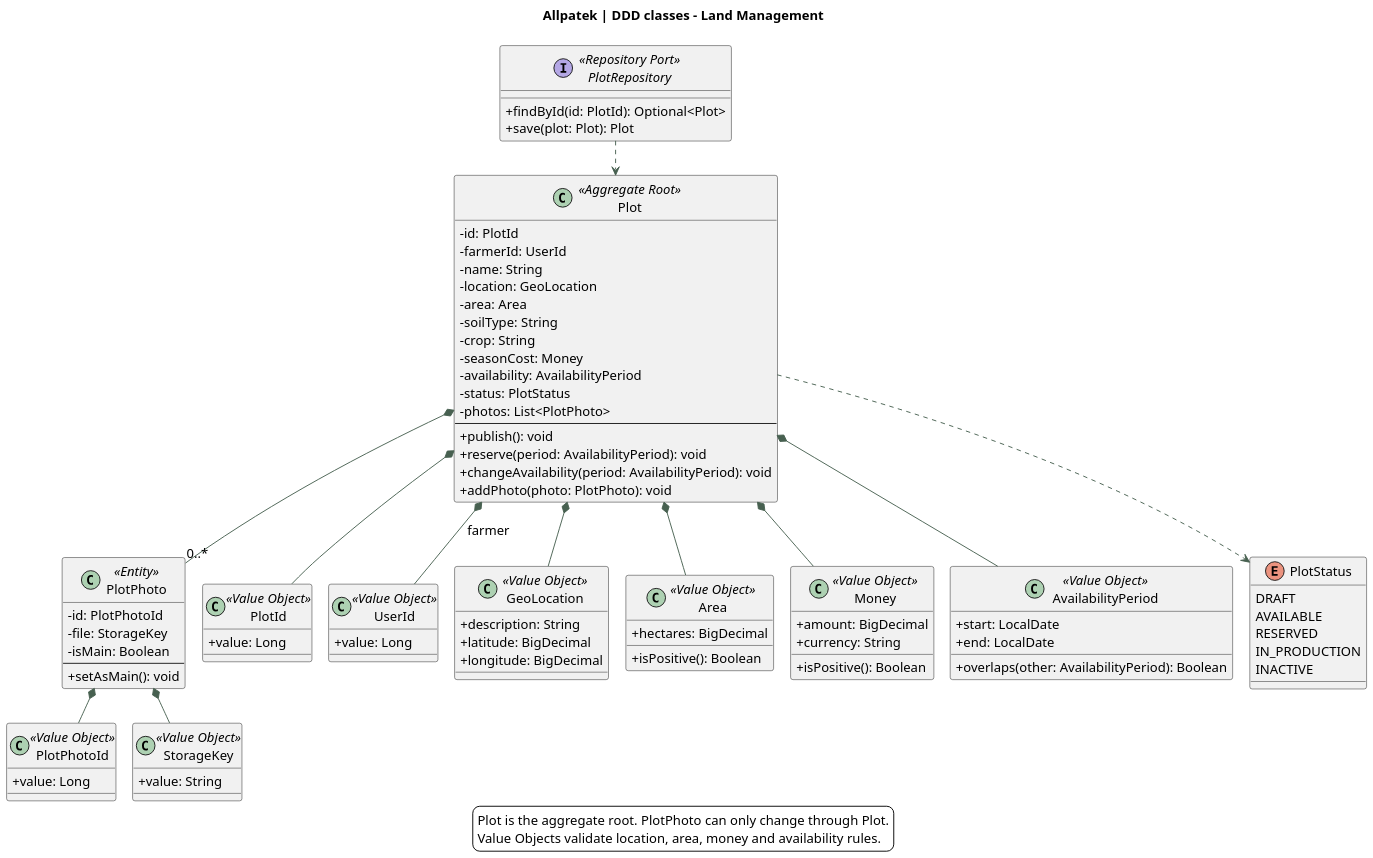
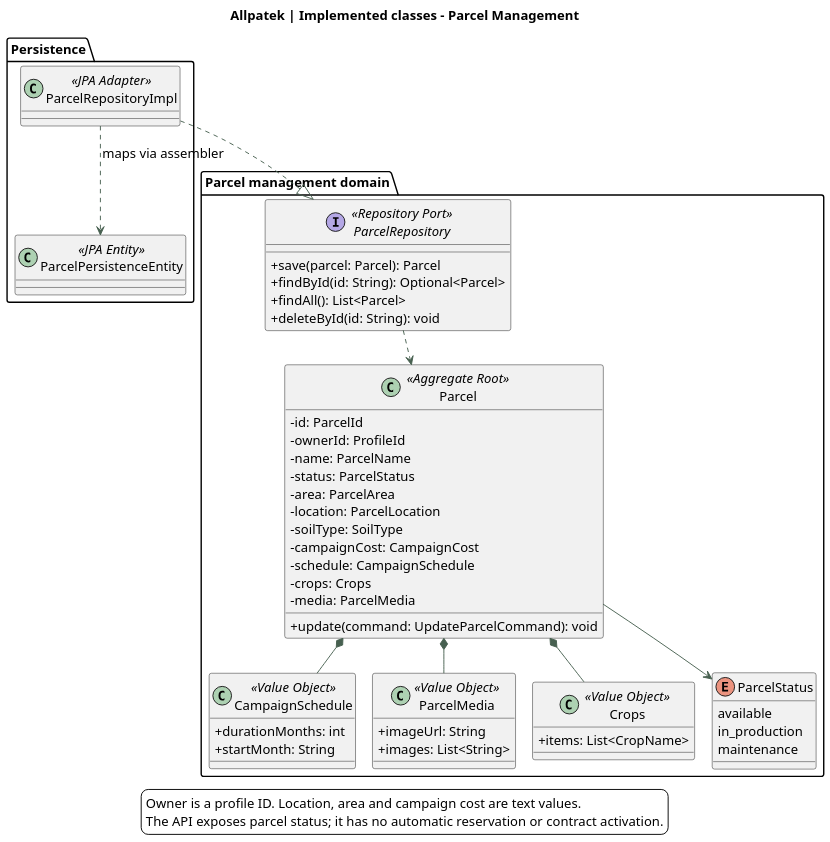
The diagram in assets/chapter-04/architecture/09-classes-plots.puml (upc-pre-202620-1asi0729-7753-Terranova/allpatek-report), drawn with PlantUML before and after one commit. The commit also changed 58 other files, not shown here.

Commit message:
docs(report): align architecture diagrams and flows with implementation

```diff
--- a/assets/chapter-04/architecture/09-classes-plots.puml
+++ b/assets/chapter-04/architecture/09-classes-plots.puml
@@ -1,101 +1,75 @@
 @startuml
 !pragma layout smetana
 skinparam backgroundColor white
 skinparam defaultFontName SansSerif
 skinparam defaultFontSize 14
 skinparam shadowing false
 skinparam classAttributeIconSize 0
 skinparam ArrowColor #476050
 skinparam dpi 140
-title Allpatek | DDD classes - Land Management
+title Allpatek | Implemented classes - Parcel Management
 top to bottom direction
 
-class Plot <<Aggregate Root>> {
- -id: PlotId
- -farmerId: UserId
- -name: String
- -location: GeoLocation
- -area: Area
- -soilType: String
- -crop: String
- -seasonCost: Money
- -availability: AvailabilityPeriod
- -status: PlotStatus
- -photos: List<PlotPhoto>
- --
- +publish(): void
- +reserve(period: AvailabilityPeriod): void
- +changeAvailability(period: AvailabilityPeriod): void
- +addPhoto(photo: PlotPhoto): void
+package "Parcel management domain" {
+  class Parcel <<Aggregate Root>> {
+    -id: ParcelId
+    -ownerId: ProfileId
+    -name: ParcelName
+    -status: ParcelStatus
+    -area: ParcelArea
+    -location: ParcelLocation
+    -soilType: SoilType
+    -campaignCost: CampaignCost
+    -schedule: CampaignSchedule
+    -crops: Crops
+    -media: ParcelMedia
+    +update(command: UpdateParcelCommand): void
+  }
+
+  class CampaignSchedule <<Value Object>> {
+    +durationMonths: int
+    +startMonth: String
+  }
+
+  class ParcelMedia <<Value Object>> {
+    +imageUrl: String
+    +images: List<String>
+  }
+
+  class Crops <<Value Object>> {
+    +items: List<CropName>
+  }
+
+  enum ParcelStatus {
+    available
+    in_production
+    maintenance
+  }
+
+  interface ParcelRepository <<Repository Port>> {
+    +save(parcel: Parcel): Parcel
+    +findById(id: String): Optional<Parcel>
+    +findAll(): List<Parcel>
+    +deleteById(id: String): void
+  }
+
+  Parcel *-- CampaignSchedule
+  Parcel *-- ParcelMedia
+  Parcel *-- Crops
+  Parcel --> ParcelStatus
+  ParcelRepository ..> Parcel
 }
 
-class PlotPhoto <<Entity>> {
- -id: PlotPhotoId
- -file: StorageKey
- -isMain: Boolean
- --
- +setAsMain(): void
+package "Persistence" {
+  class ParcelRepositoryImpl <<JPA Adapter>>
+  class ParcelPersistenceEntity <<JPA Entity>>
+
+  ParcelRepositoryImpl ..> ParcelPersistenceEntity : maps via assembler
 }
-
-class PlotId <<Value Object>> {
- +value: Long
-}
-class PlotPhotoId <<Value Object>> {
- +value: Long
-}
-class UserId <<Value Object>> {
- +value: Long
-}
-class GeoLocation <<Value Object>> {
- +description: String
- +latitude: BigDecimal
- +longitude: BigDecimal
-}
-class Area <<Value Object>> {
- +hectares: BigDecimal
- +isPositive(): Boolean
-}
-class Money <<Value Object>> {
- +amount: BigDecimal
- +currency: String
- +isPositive(): Boolean
-}
-class AvailabilityPeriod <<Value Object>> {
- +start: LocalDate
- +end: LocalDate
- +overlaps(other: AvailabilityPeriod): Boolean
-}
-class StorageKey <<Value Object>> {
- +value: String
-}
-
-enum PlotStatus {
- DRAFT
- AVAILABLE
- RESERVED
- IN_PRODUCTION
- INACTIVE
-}
-
-interface PlotRepository <<Repository Port>> {
- +findById(id: PlotId): Optional<Plot>
- +save(plot: Plot): Plot
-}
-
-Plot *-- PlotId
-Plot *-- UserId : farmer
-Plot *-- GeoLocation
-Plot *-- Area
-Plot *-- Money
-Plot *-- AvailabilityPeriod
-Plot *-- "0..*" PlotPhoto
-PlotPhoto *-- PlotPhotoId
-PlotPhoto *-- StorageKey
-Plot ..> PlotStatus
-PlotRepository ..> Plot
+ParcelRepositoryImpl ..|> ParcelRepository
 
 legend bottom
-Plot is the aggregate root. PlotPhoto can only change through Plot.
-Value Objects validate location, area, money and availability rules.
+Owner is a profile ID. Location, area and campaign cost are text values.
+The API exposes parcel status; it has no automatic reservation or contract activation.
 endlegend
 @enduml
```
